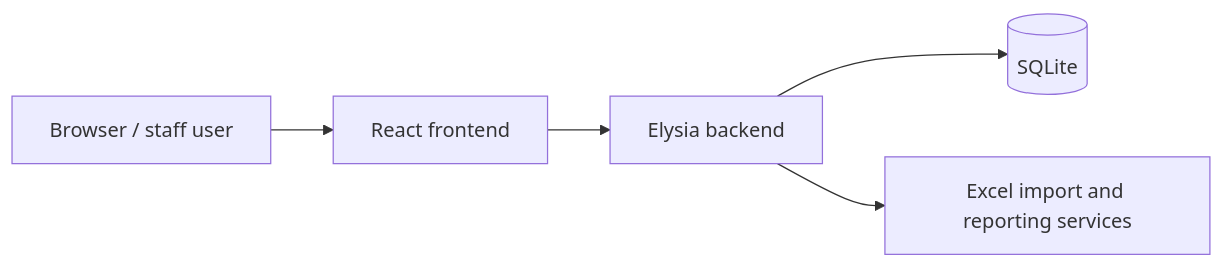
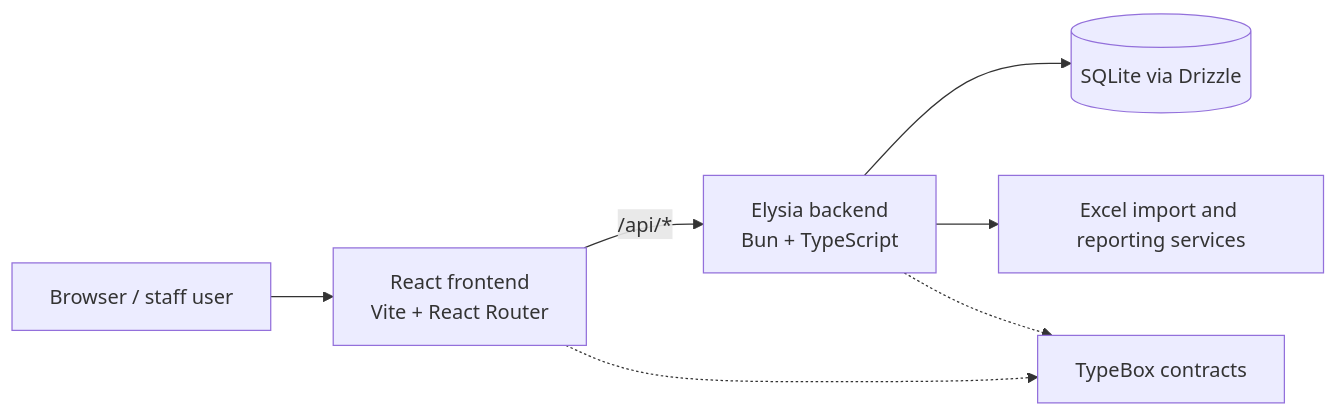
The first of 3 diagrams in README.md (daoistmadness/operatoros), drawn with Mermaid before and after one commit. The commit also changed other lines of this file, not shown here.

````diff
--- a/README.md
+++ b/README.md
@@ -26,13 +41,16 @@
 ```mermaid
 flowchart LR
-  Browser[Browser / staff user]
-  FE[React frontend]
-  API[Elysia backend]
-  DB[(SQLite)]
-  SVC[Excel import and reporting services]
+  Browser["Browser / staff user"]
+  FE["React frontend<br/>Vite + React Router"]
+  API["Elysia backend<br/>Bun + TypeScript"]
+  DB[("SQLite via Drizzle")]
+  Contracts["TypeBox contracts"]
+  Excel["Excel import and reporting services"]
 
   Browser --> FE
-  FE --> API
+  FE -->|"/api/*"| API
   API --> DB
-  API --> SVC
+  API --> Excel
+  FE -.-> Contracts
+  API -.-> Contracts
 ```
````
